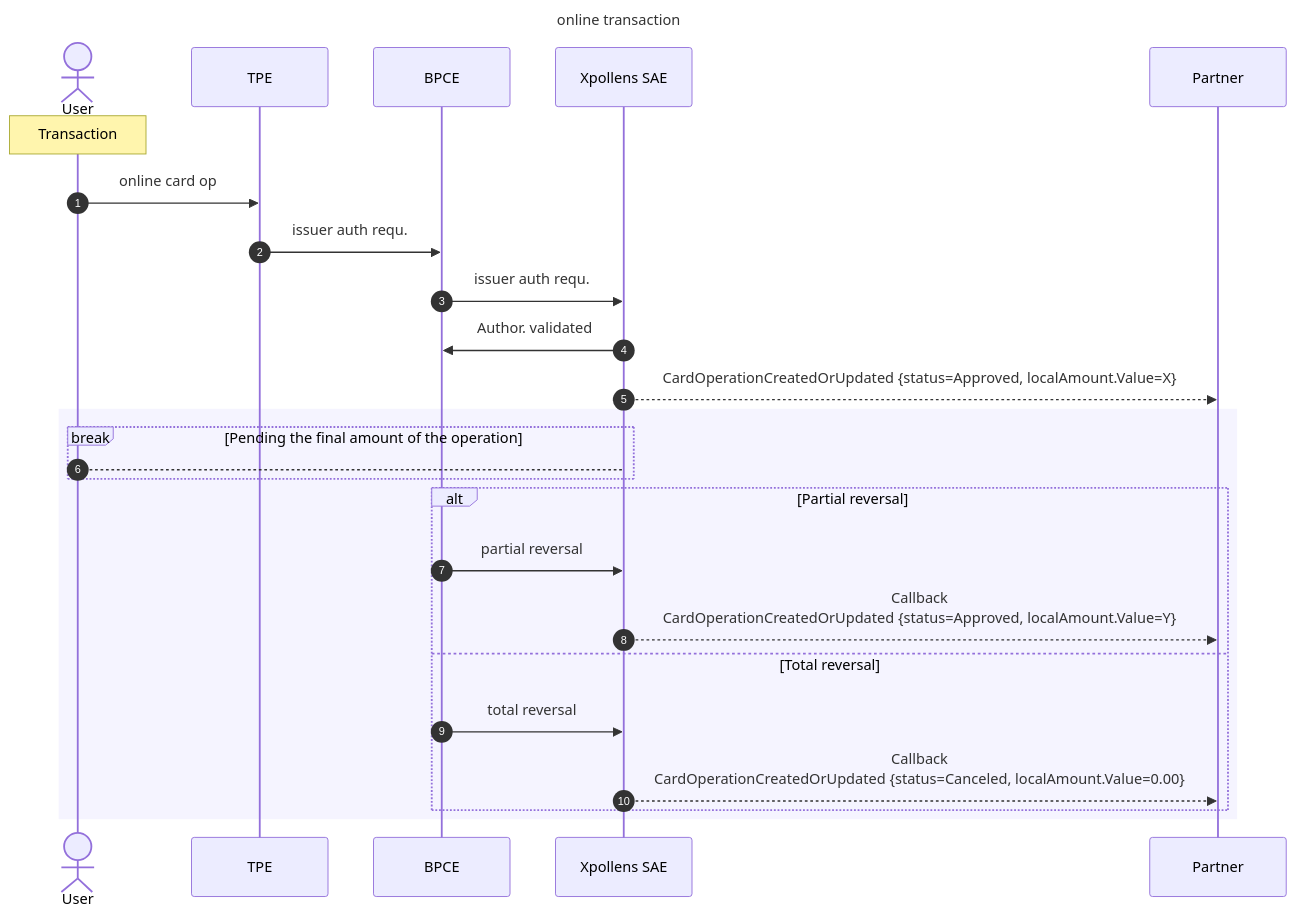
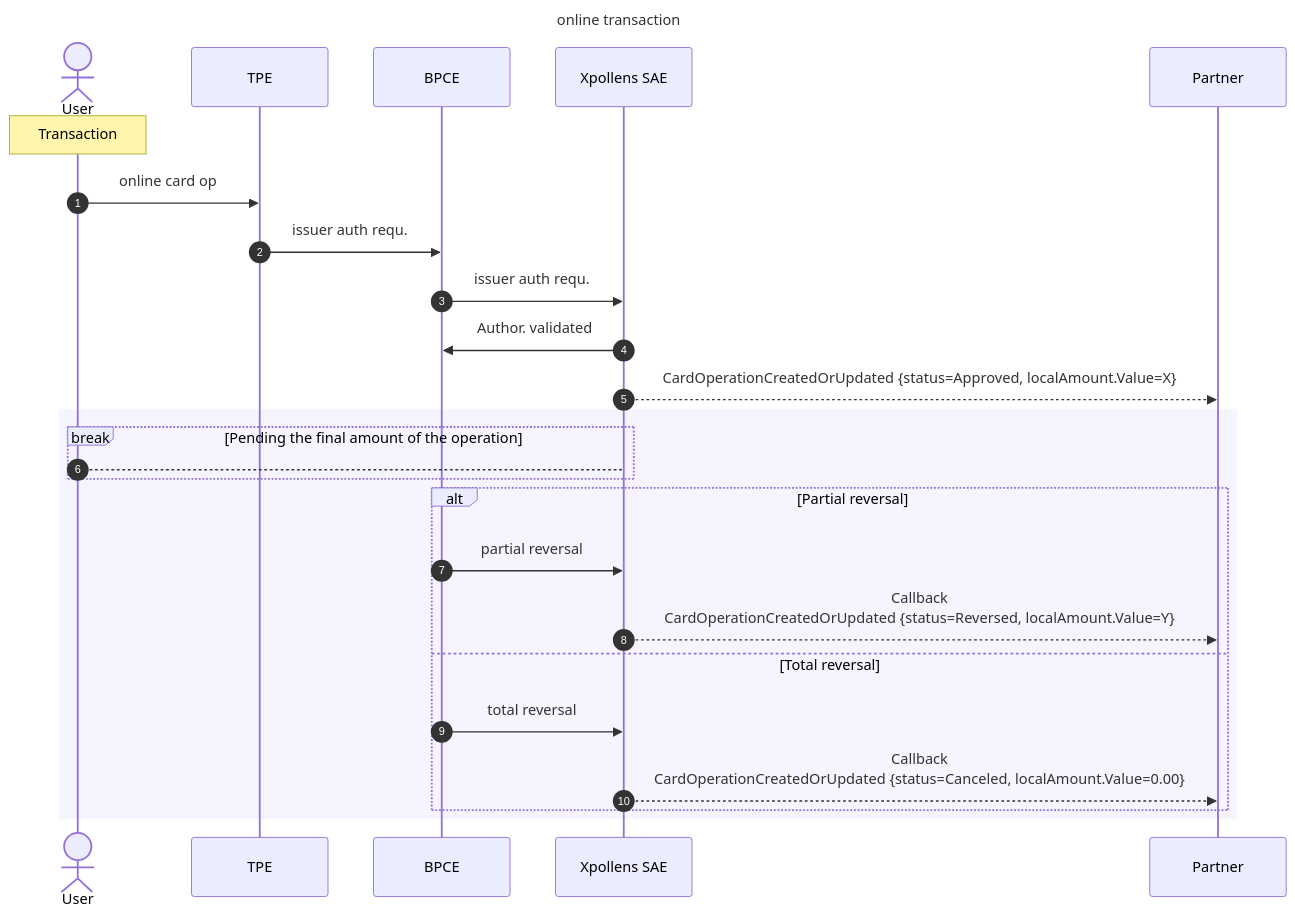
The fourth of 6 diagrams in docs/usecases/cards/operations/OnlineCardOperations.md (pomme-clic/s-money-documentation), drawn with Mermaid before and after one commit. The commit also changed other lines of this file, not shown here.

Commit message:
add reversed status

````diff
--- a/docs/usecases/cards/operations/OnlineCardOperations.md
+++ b/docs/usecases/cards/operations/OnlineCardOperations.md
@@ -165,31 +168,31 @@
 ```mermaid
 sequenceDiagram
 title: online transaction
 autonumber
 Actor User
 participant TPE
 participant BPCE
 participant Xpollens SAE
 participant Partner
 
        	Note over User: Transaction
        	User ->> TPE: online card op
        	TPE ->> BPCE: issuer auth requ.
        	BPCE ->> Xpollens SAE: issuer auth requ.
        	Xpollens SAE ->> BPCE: Author. validated
                 Xpollens SAE -->> Partner: CardOperationCreatedOrUpdated  {status=Approved, localAmount.Value=X}
 
 rect rgb(245,244,255)
                 break Pending the final amount of the operation
         		User-->	Xpollens SAE : 
     		end
 
             alt Partial reversal
                 BPCE ->> Xpollens SAE: partial reversal
-                Xpollens SAE -->> Partner: Callback <br/>  CardOperationCreatedOrUpdated  {status=Approved, localAmount.Value=Y}
+                Xpollens SAE -->> Partner: Callback <br/>  CardOperationCreatedOrUpdated  {status=Reversed, localAmount.Value=Y}
             else Total reversal
                 BPCE ->> Xpollens SAE: total  reversal
                 Xpollens SAE -->> Partner: Callback <br/>  CardOperationCreatedOrUpdated  {status=Canceled, localAmount.Value=0.00}
                 end
 end 
 ```
````
